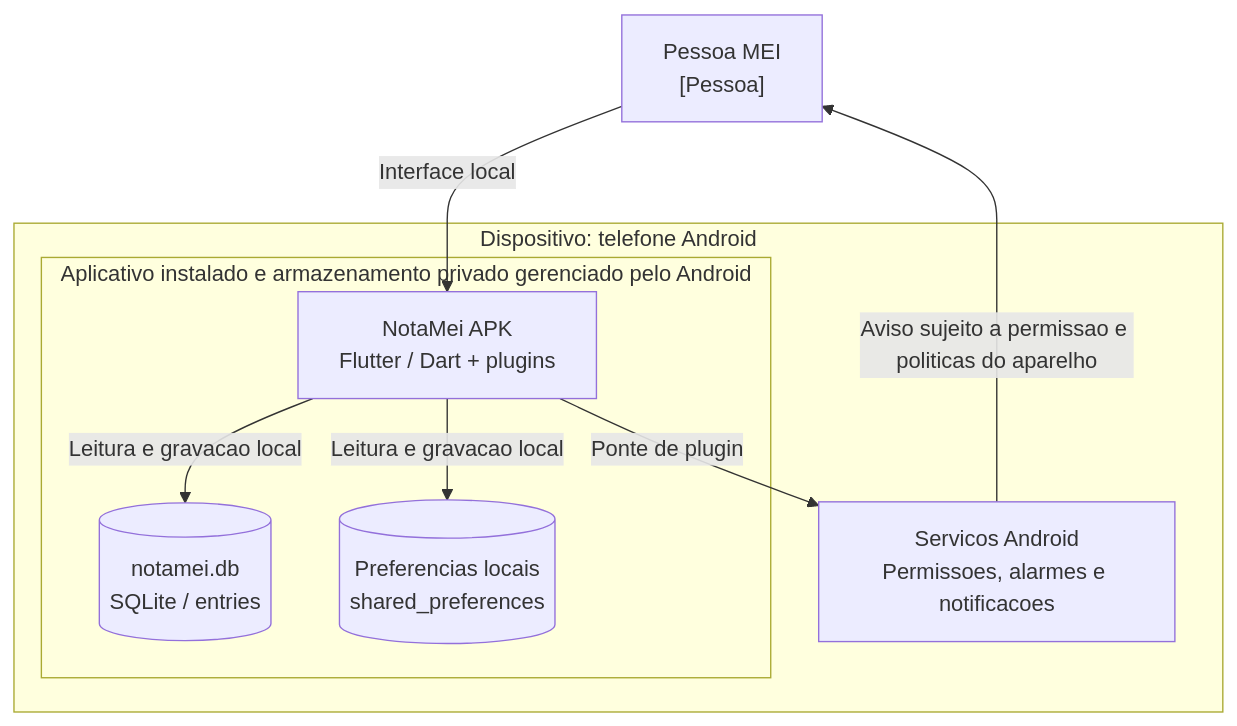
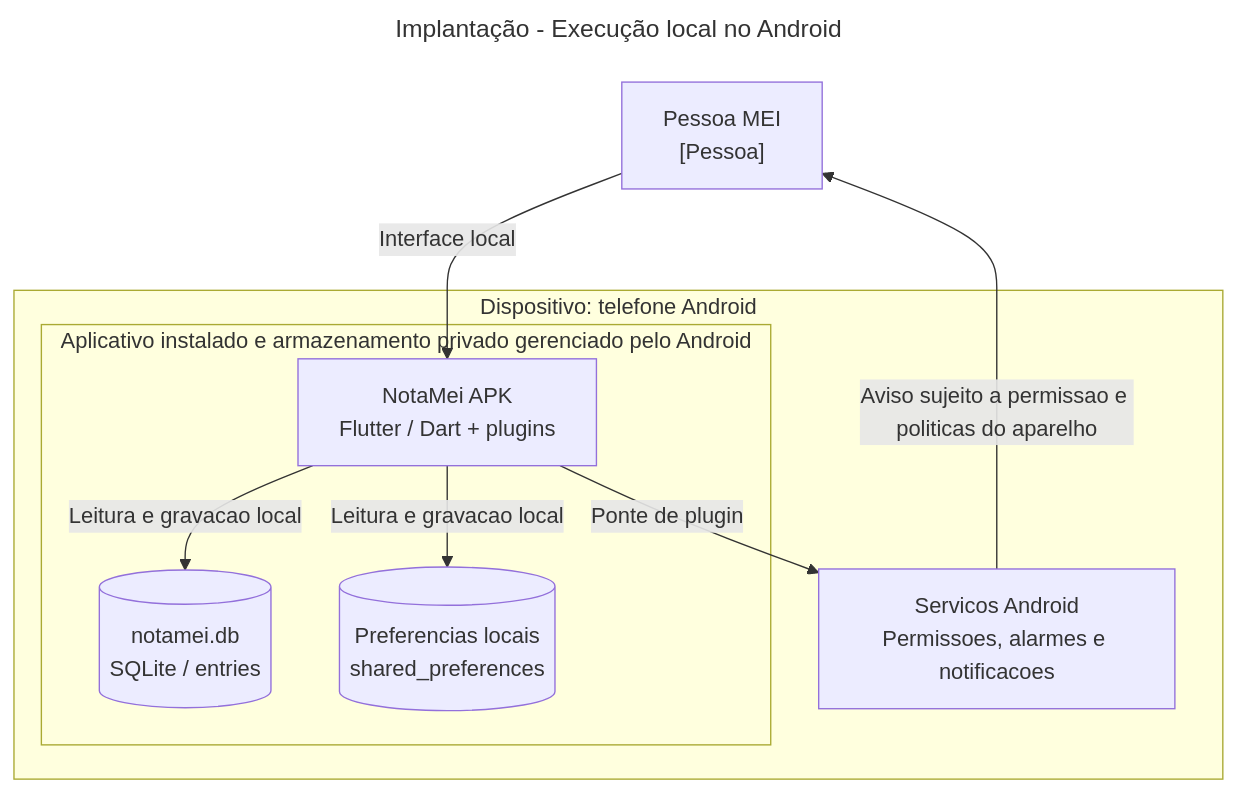
Before and after one commit to Isaqueodev/NotaMei: the sixth of 6 diagrams in docs/arquitetura/C4-NOTAMEI.md, drawn with Mermaid. The commit also changed other lines of this file and 9 other files, not shown here.

````diff
--- a/docs/arquitetura/C4-NOTAMEI.md
+++ b/docs/arquitetura/C4-NOTAMEI.md
@@ -265,17 +303,20 @@
 ```mermaid
+---
+title: Implantação - Execução local no Android
+---
 flowchart TB
   MEI["Pessoa MEI<br/>[Pessoa]"]
   subgraph DEVICE["Dispositivo: telefone Android"]
     subgraph APPDATA["Aplicativo instalado e armazenamento privado gerenciado pelo Android"]
       APK["NotaMei APK<br/>Flutter / Dart + plugins"]
       DB[("notamei.db<br/>SQLite / entries")]
       PREF[("Preferencias locais<br/>shared_preferences")]
       APK -->|"Leitura e gravacao local"| DB
       APK -->|"Leitura e gravacao local"| PREF
     end
     NOTIF["Servicos Android<br/>Permissoes, alarmes e notificacoes"]
     APK -->|"Ponte de plugin"| NOTIF
   end
   MEI -->|"Interface local"| APK
   NOTIF -->|"Aviso sujeito a permissao e politicas do aparelho"| MEI
 ```
````
